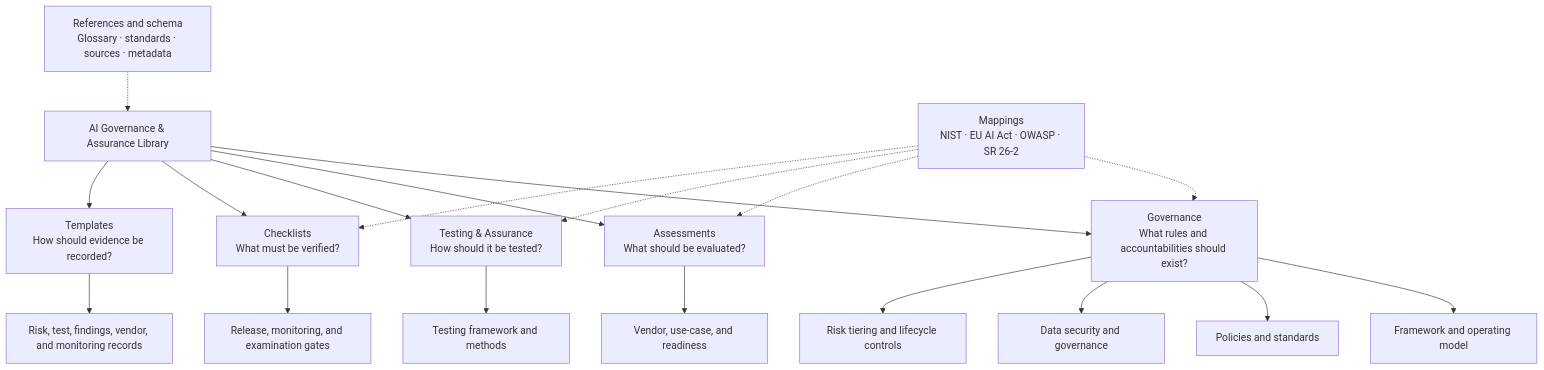
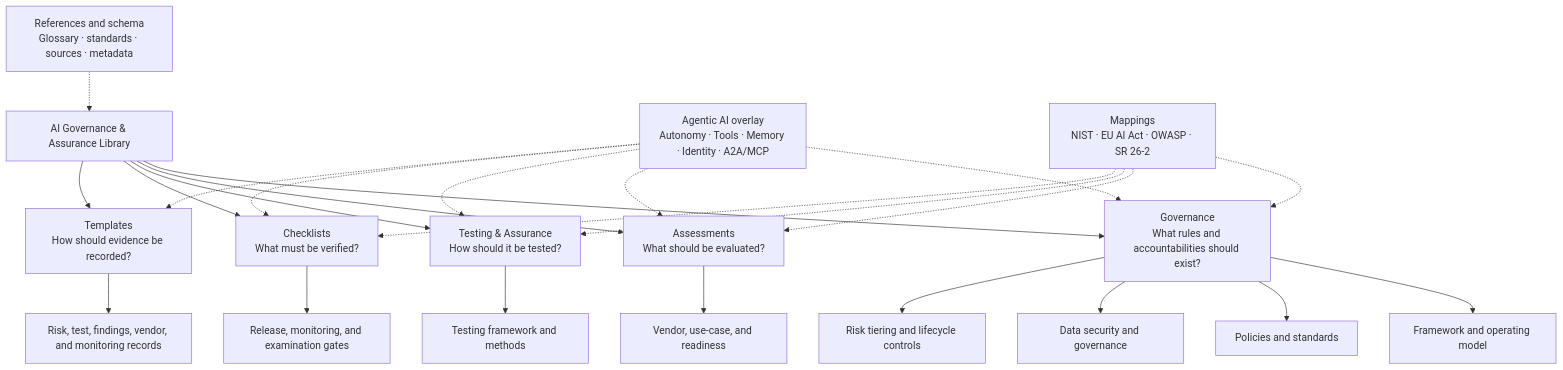
Before and after one commit to minw0607/ai-governance-assurance: the diagram in README.md, drawn with Mermaid. The commit also changed other lines of this file and 24 other files, not shown here.

Commit message:
Add agentic AI governance and assurance overlay

````diff
--- a/README.md
+++ b/README.md
@@ -13,26 +13,33 @@
 ```mermaid
 flowchart TD
     LIB["AI Governance & Assurance Library"]
     LIB --> GOV["Governance<br/>What rules and accountabilities should exist?"]
     LIB --> ASS["Assessments<br/>What should be evaluated?"]
     LIB --> TEST["Testing & Assurance<br/>How should it be tested?"]
     LIB --> CHECK["Checklists<br/>What must be verified?"]
     LIB --> TEMP["Templates<br/>How should evidence be recorded?"]
 
     GOV --> GF["Framework and operating model"]
     GOV --> POL["Policies and standards"]
     GOV --> DATA["Data security and governance"]
     GOV --> RISK["Risk tiering and lifecycle controls"]
     ASS --> VA["Vendor, use-case, and readiness"]
     TEST --> TF["Testing framework and methods"]
     CHECK --> CG["Release, monitoring, and examination gates"]
     TEMP --> EV["Risk, test, findings, vendor, and monitoring records"]
 
+    AGT["Agentic AI overlay<br/>Autonomy · Tools · Memory · Identity · A2A/MCP"]
+    AGT -.-> GOV
+    AGT -.-> ASS
+    AGT -.-> TEST
+    AGT -.-> CHECK
+    AGT -.-> TEMP
+
     MAP["Mappings<br/>NIST · EU AI Act · OWASP · SR 26-2"]
     REF["References and schema<br/>Glossary · standards · sources · metadata"]
     MAP -.-> GOV
     MAP -.-> ASS
     MAP -.-> TEST
     MAP -.-> CHECK
     REF -.-> LIB
 ```
````
